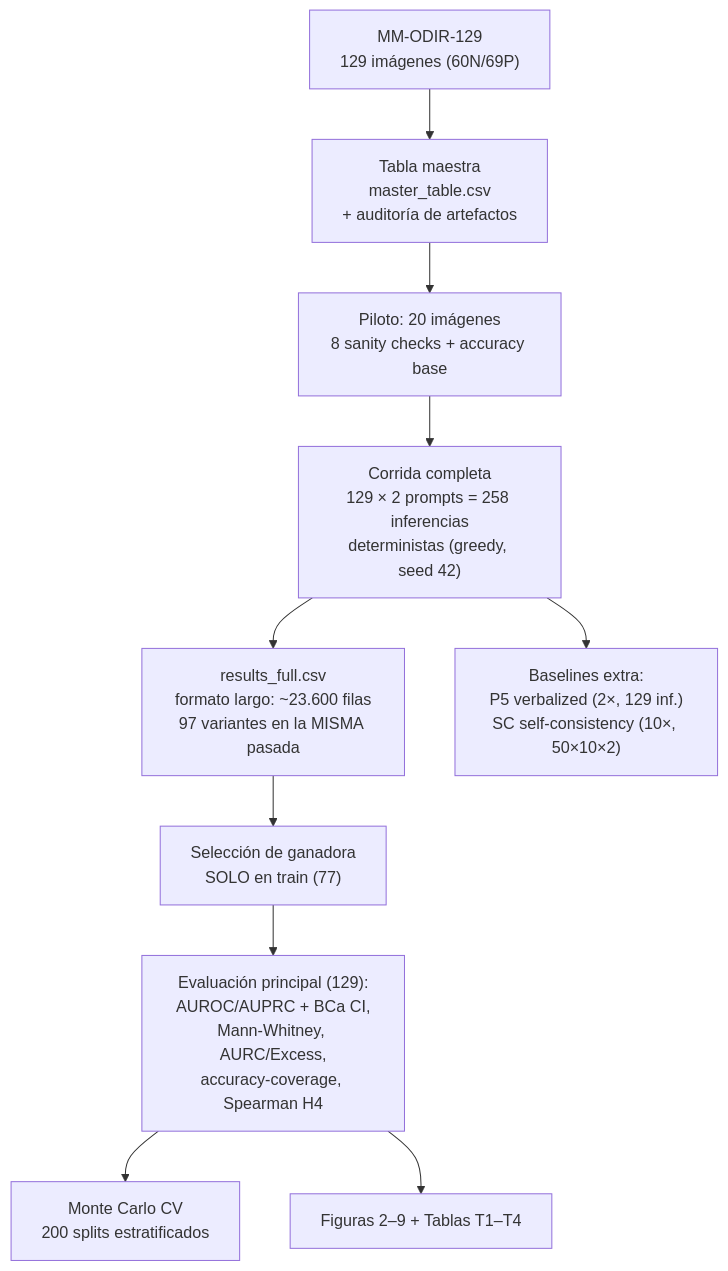
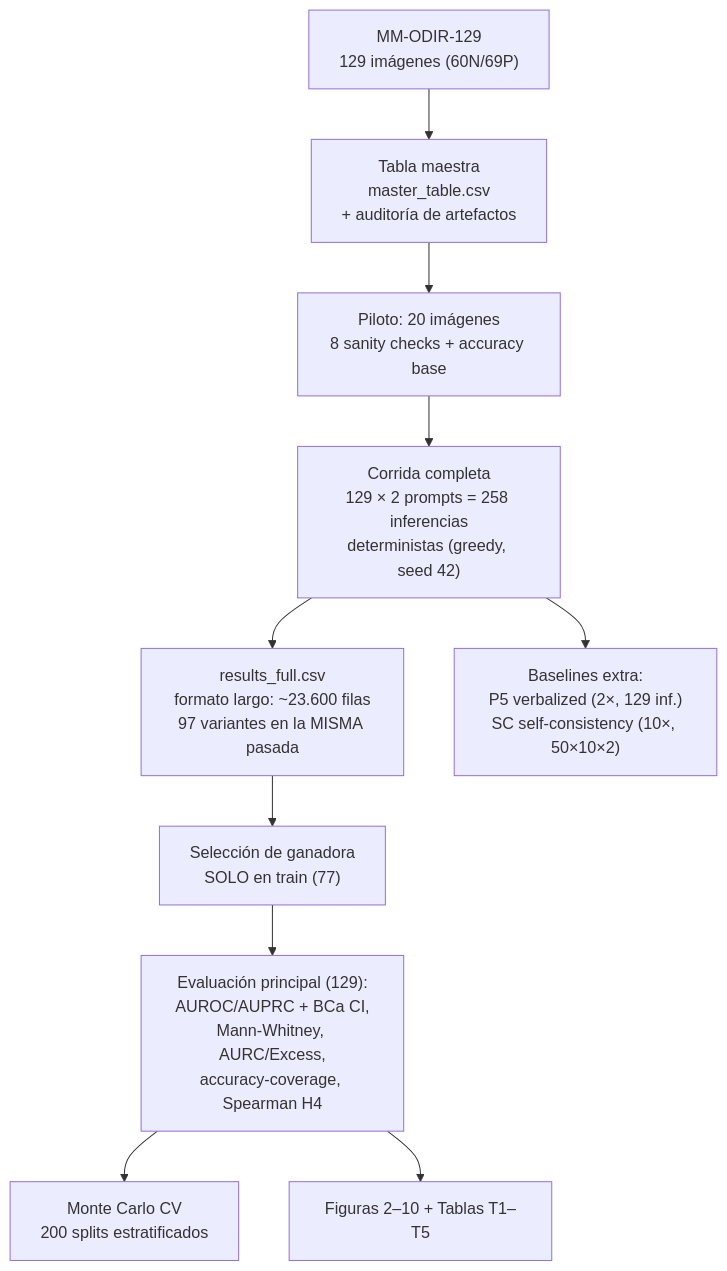
Before and after one commit to TheBug95/VLM-UQ-Cross-Modal-Phd.-Proposal-: the diagram in Documentacion/03_Hipotesis_y_Diseno_Experimental.md, drawn with Mermaid. The commit also changed other lines of this file and 27 other files, not shown here.

````diff
--- a/Documentacion/03_Hipotesis_y_Diseno_Experimental.md
+++ b/Documentacion/03_Hipotesis_y_Diseno_Experimental.md
@@ -49,12 +49,12 @@
 ```mermaid
 flowchart TD
     A["MM-ODIR-129<br/>129 imágenes (60N/69P)"] --> B["Tabla maestra<br/>master_table.csv<br/>+ auditoría de artefactos"]
     B --> C["Piloto: 20 imágenes<br/>8 sanity checks + accuracy base"]
     C --> D["Corrida completa<br/>129 × 2 prompts = 258 inferencias<br/>deterministas (greedy, seed 42)"]
     D --> E["results_full.csv<br/>formato largo: ~23.600 filas<br/>97 variantes en la MISMA pasada"]
     D --> F["Baselines extra:<br/>P5 verbalized (2×, 129 inf.)<br/>SC self-consistency (10×, 50×10×2)"]
     E --> G["Selección de ganadora<br/>SOLO en train (77)"]
     G --> H["Evaluación principal (129):<br/>AUROC/AUPRC + BCa CI,<br/>Mann-Whitney, AURC/Excess,<br/>accuracy-coverage, Spearman H4"]
     H --> I["Monte Carlo CV<br/>200 splits estratificados"]
-    H --> J["Figuras 2–9 + Tablas T1–T4"]
+    H --> J["Figuras 2–10 + Tablas T1–T5"]
 ```
````
